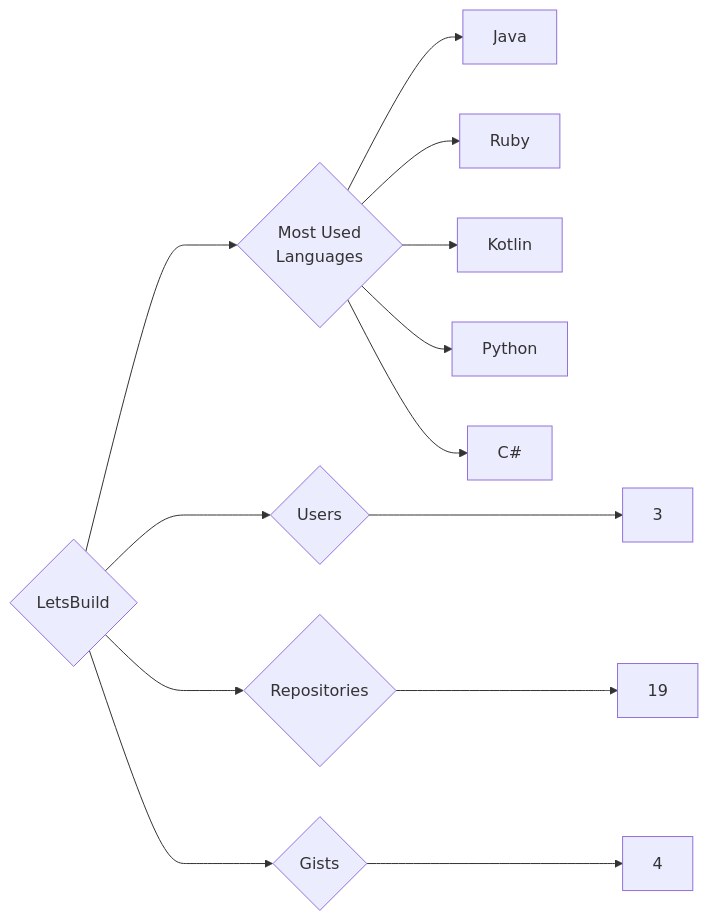
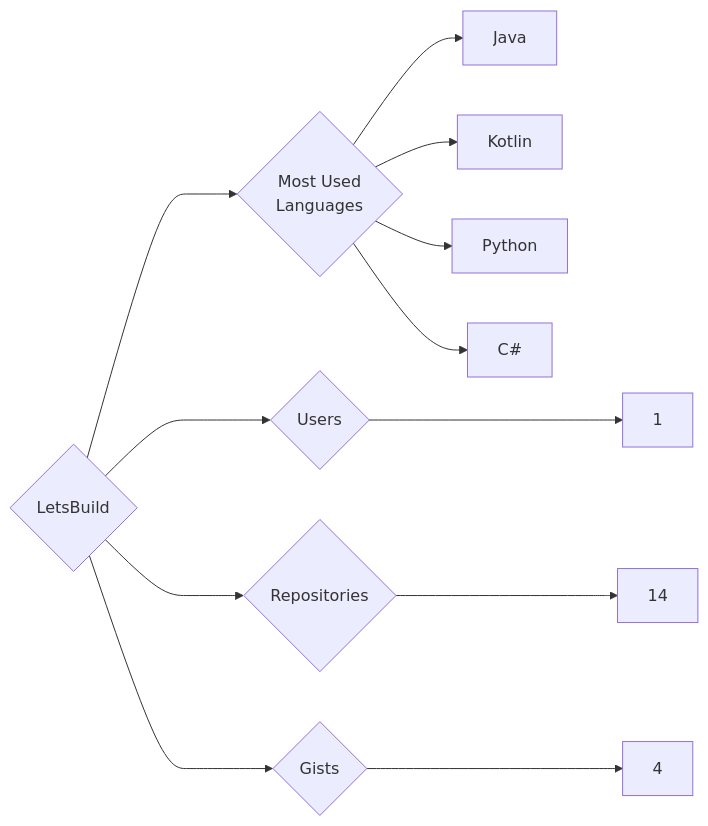
Before and after one commit to trickest/insiders: the diagram in targets/LetsBuild/README.md, drawn with Mermaid. The commit also changed 748 other files, not shown here.

````diff
--- a/targets/LetsBuild/README.md
+++ b/targets/LetsBuild/README.md
@@ -3,13 +3,12 @@
 ```mermaid
 graph LR
 COMPANY_NAME{LetsBuild}
-COMPANY_NAME ---> U{Users} ---> UN[3]
-COMPANY_NAME ---> R{Repositories} ---> RN[19]
+COMPANY_NAME ---> U{Users} ---> UN[1]
+COMPANY_NAME ---> R{Repositories} ---> RN[14]
 COMPANY_NAME ---> G{Gists} ---> GN[4]
 COMPANY_NAME ---> ML{Most Used<br>Languages}
 ML --> Java[Java]
-ML --> Ruby[Ruby]
 ML --> Kotlin[Kotlin]
 ML --> Python[Python]
 ML --> C#[C#]
 ```
````
